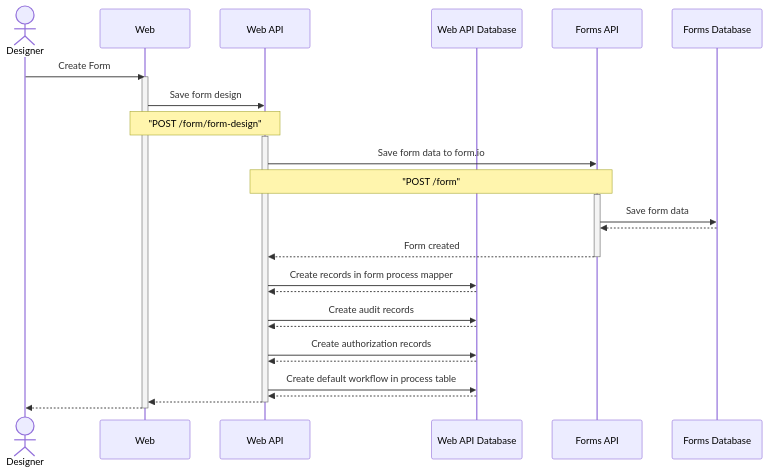
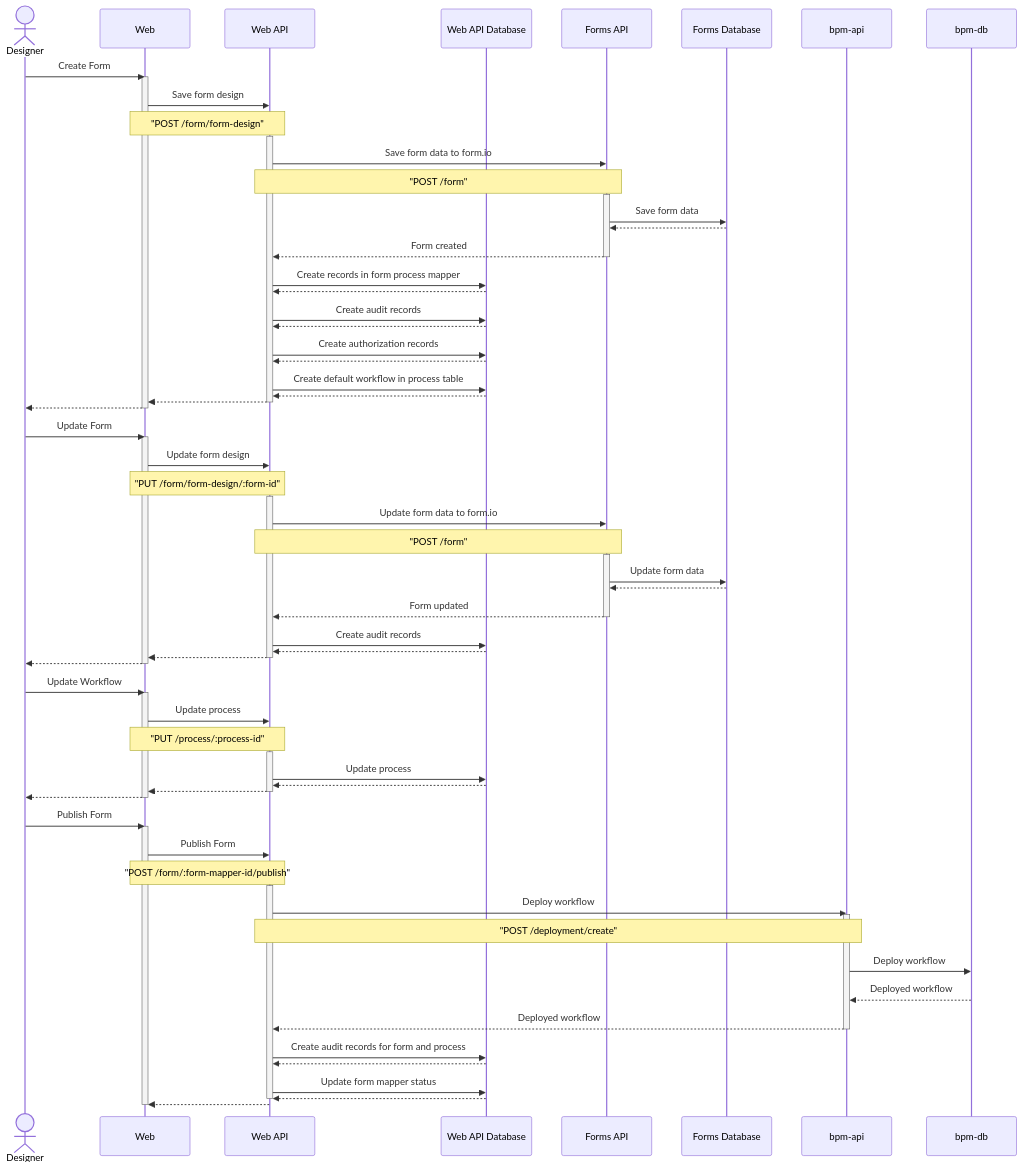
One commit to auslin-aot/forms-flow-ai changed the diagram in docs/sequence-diagrams/designer-flow.md. Above: the diagram before and after it, drawn with Mermaid.

````diff
--- a/docs/sequence-diagrams/designer-flow.md
+++ b/docs/sequence-diagrams/designer-flow.md
@@ -36,6 +36,60 @@
     web -->> Designer : 
     deactivate web
 
+    Designer ->> web: Update Form
+    activate web
+    web ->> web-api: Update form design
+    Note over web,web-api: "PUT /form/form-design/:form-id"
+    activate web-api
+    web-api ->> forms-api: Update form data to form.io
+    Note over web-api,forms-api: "POST /form"
+    activate forms-api
+    forms-api->>forms-db: Update form data
+    forms-db-->>forms-api: 
+    forms-api -->> web-api: Form updated
+    deactivate forms-api
+    web-api ->> web-api-db: Create audit records
+    web-api-db -->> web-api:
+    web-api -->> web : 
+    deactivate web-api
+    web -->> Designer : 
+    deactivate web
+
+    Designer ->> web: Update Workflow
+    activate web
+    web ->> web-api: Update process
+    Note over web,web-api: "PUT /process/:process-id"
+    activate web-api
+    web-api ->> web-api-db: Update process
+    web-api-db -->> web-api:
+    web-api -->> web:
+    deactivate web-api
+    web -->> Designer : 
+    deactivate web
+
+    Designer ->> web: Publish Form
+    activate web
+    web ->> web-api: Publish Form
+    Note over web,web-api: "POST /form/:form-mapper-id/publish"
+    activate web-api
+    web-api->>bpm-api: Deploy workflow
+    activate bpm-api
+    Note over web-api,bpm-api: "POST /deployment/create"
+    bpm-api ->> bpm-db: Deploy workflow
+    bpm-db -->> bpm-api: Deployed workflow
+    bpm-api -->> web-api: Deployed workflow
+    deactivate bpm-api
+    web-api ->> web-api-db: Create audit records for form and process
+    web-api-db -->> web-api:
+    web-api ->> web-api-db: Update form mapper status
+    web-api-db -->> web-api:
+    deactivate web-api
+    web-api -->> web: 
+    deactivate web
+    
+
+    
+
 
 
 ```
````
